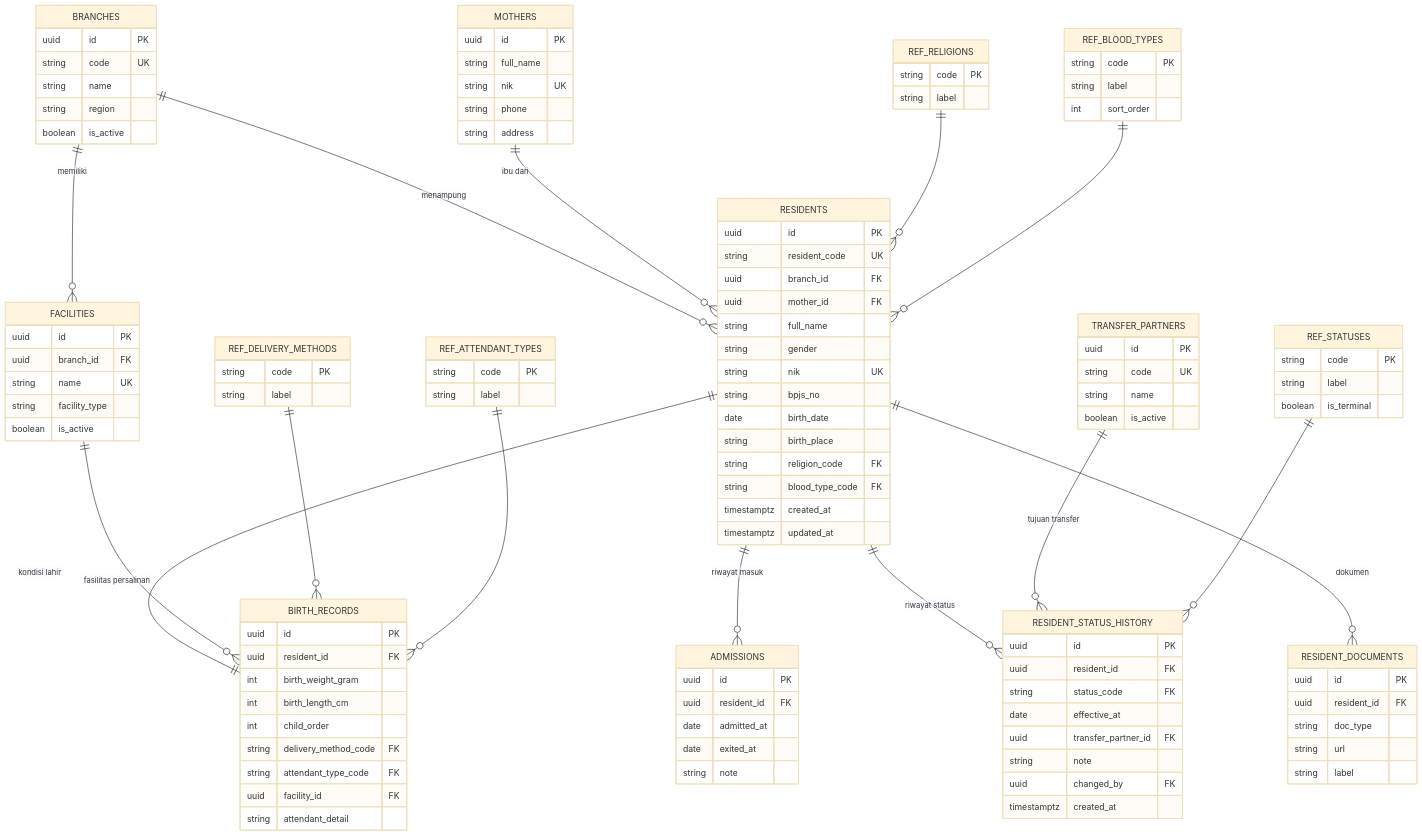
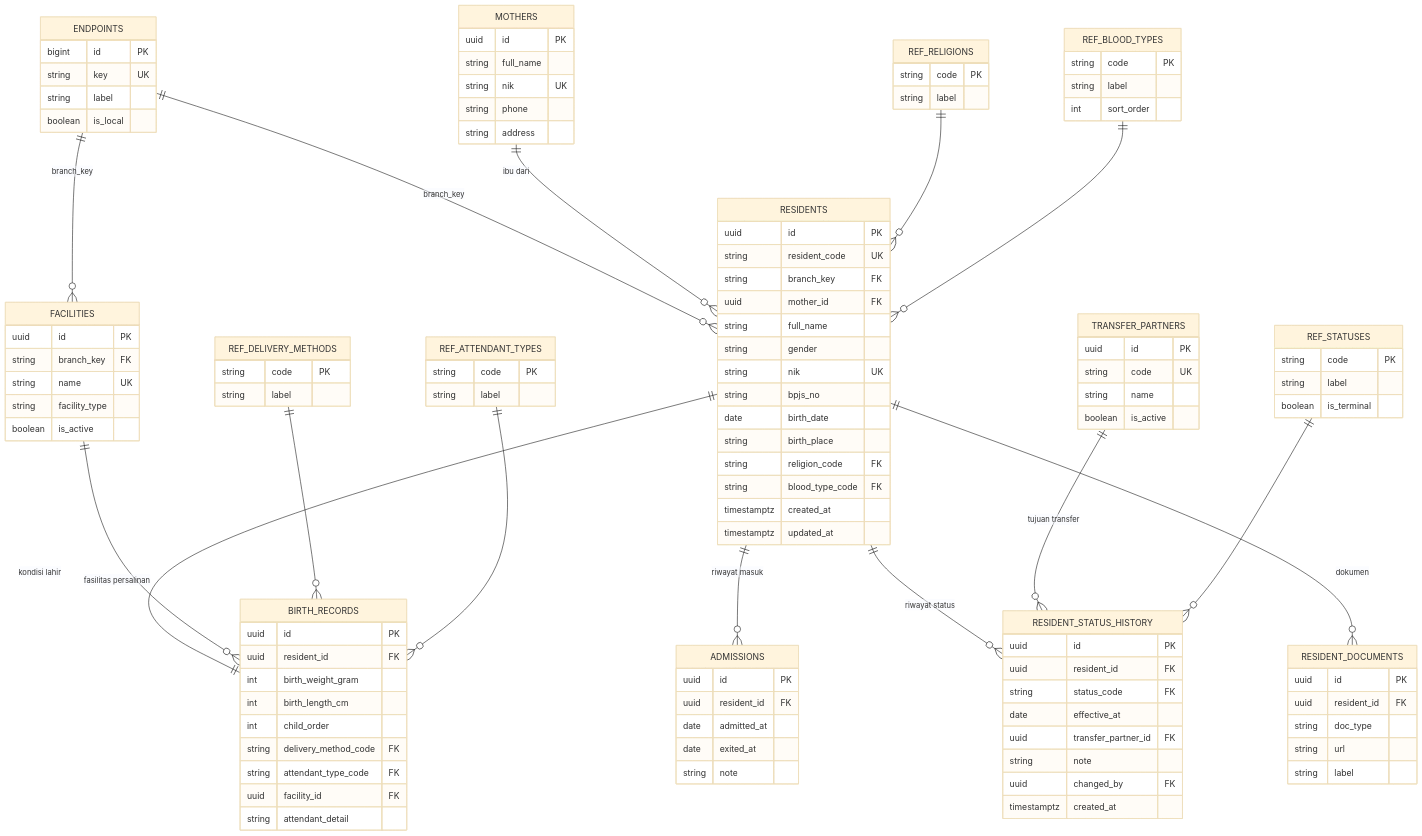
The diagram in 1793093835163-analisa-data-mentah-business/SPEC.md (historic-memory/bbh-data-board-historic), drawn with Mermaid (base theme) before and after one commit. The commit also changed other lines of this file and 10 other files, not shown here.

````diff
--- a/1793093835163-analisa-data-mentah-business/SPEC.md
+++ b/1793093835163-analisa-data-mentah-business/SPEC.md
@@ -41,7 +43,7 @@
 ```mermaid
 erDiagram
-    BRANCHES ||--o{ RESIDENTS : "menampung"
-    BRANCHES ||--o{ FACILITIES : "memiliki"
+    ENDPOINTS ||--o{ RESIDENTS : "branch_key"
+    ENDPOINTS ||--o{ FACILITIES : "branch_key"
     MOTHERS ||--o{ RESIDENTS : "ibu dari"
     RESIDENTS ||--|| BIRTH_RECORDS : "kondisi lahir"
     RESIDENTS ||--o{ ADMISSIONS : "riwayat masuk"
@@ -55,12 +57,11 @@
     REF_ATTENDANT_TYPES ||--o{ BIRTH_RECORDS : ""
     REF_STATUSES ||--o{ RESIDENT_STATUS_HISTORY : ""
 
-    BRANCHES {
-        uuid id PK
-        string code UK
-        string name
-        string region
-        boolean is_active
+    ENDPOINTS {
+        bigint id PK
+        string key UK
+        string label
+        boolean is_local
     }
     MOTHERS {
         uuid id PK
@@ -72,7 +73,7 @@
     RESIDENTS {
         uuid id PK
         string resident_code UK
-        uuid branch_id FK
+        string branch_key FK
         uuid mother_id FK
         string full_name
         string gender
@@ -115,7 +116,7 @@
     }
     FACILITIES {
         uuid id PK
-        uuid branch_id FK
+        string branch_key FK
         string name UK
         string facility_type
         boolean is_active
````
